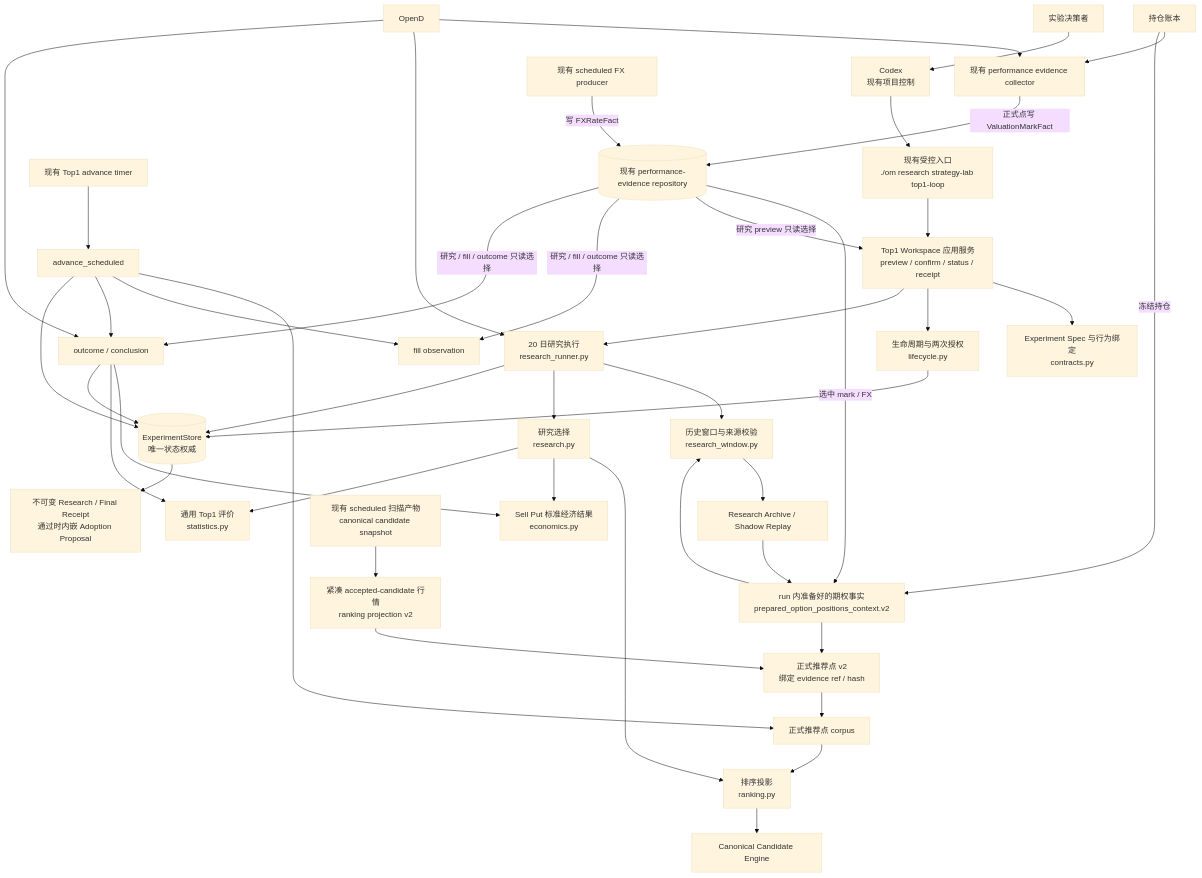
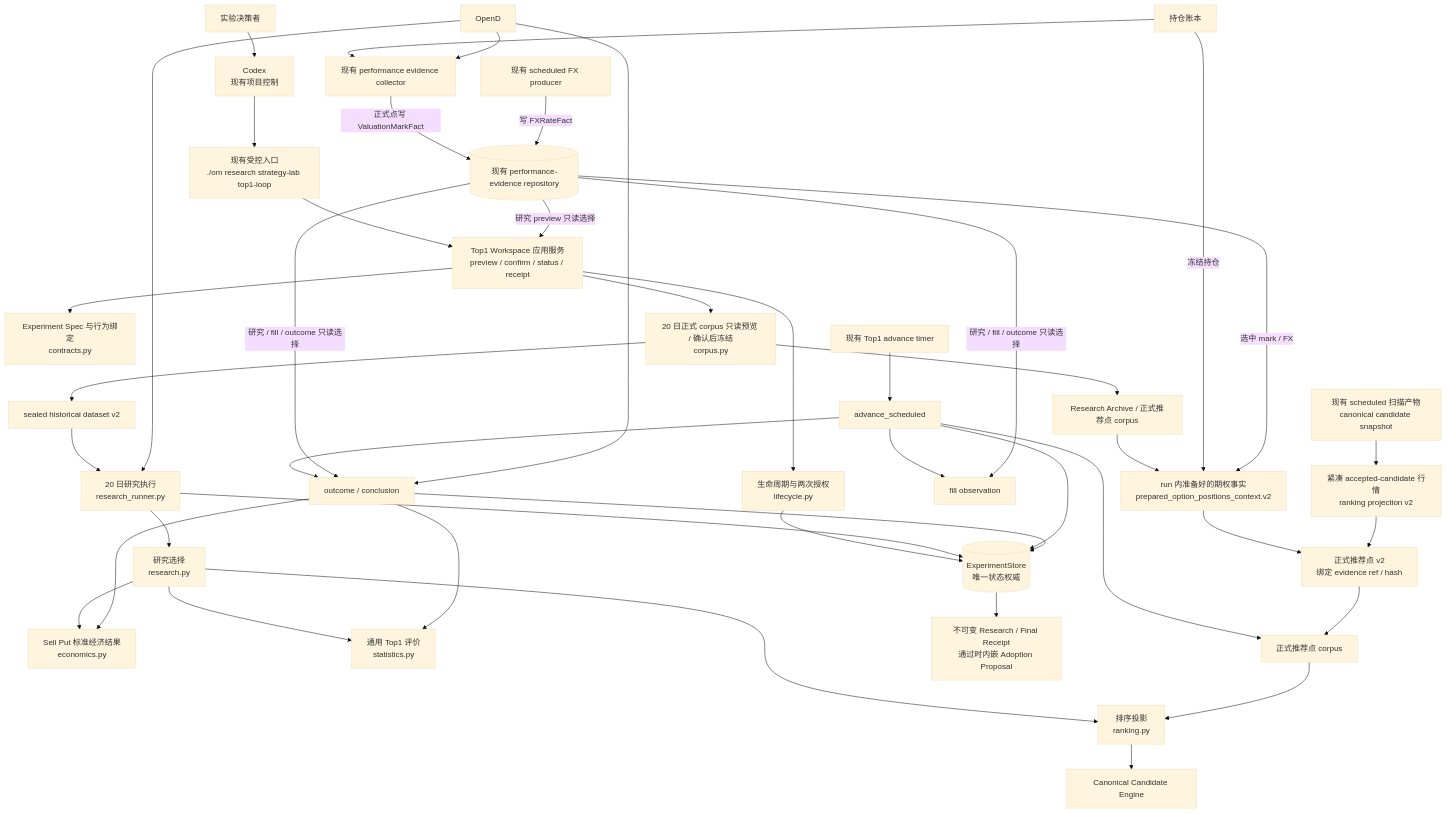
Before and after one commit to liuxie066/options-monitor: the first of 3 diagrams in docs/STRATEGY_LAB_EXPERIMENT_PLATFORM_SYSTEM_DESIGN.md, drawn with Mermaid (base theme). The commit also changed other lines of this file and 7 other files, not shown here.

````diff
--- a/docs/STRATEGY_LAB_EXPERIMENT_PLATFORM_SYSTEM_DESIGN.md
+++ b/docs/STRATEGY_LAB_EXPERIMENT_PLATFORM_SYSTEM_DESIGN.md
@@ -47,52 +47,51 @@
 ```mermaid
 flowchart TB
     U["实验决策者"] --> C["Codex\n现有项目控制"]
     C --> CLI["现有受控入口\n./om research strategy-lab top1-loop"]
 
     CLI --> WS["Top1 Workspace 应用服务\npreview / confirm / status / receipt"]
 
     WS --> CT["Experiment Spec 与行为绑定\ncontracts.py"]
     WS --> LC["生命周期与两次授权\nlifecycle.py"]
-    WS --> RR["20 日研究执行\nresearch_runner.py"]
-
-    RR --> RW["历史窗口与来源校验\nresearch_window.py"]
-    RW --> RA["Research Archive / Shadow Replay"]
+    WS --> CF["20 日正式 corpus 只读预览 / 确认后冻结\ncorpus.py"]
+    CF --> RI["sealed historical dataset v2"]
+    RI --> RR["20 日研究执行\nresearch_runner.py"]
+    CF --> RA["Research Archive / 正式推荐点 corpus"]
     RA --> PE["run 内准备好的期权事实\nprepared_option_positions_context.v2"]
 
     RR --> RE["研究选择\nresearch.py"]
     RE --> RK["排序投影\nranking.py"]
     RK --> CE["Canonical Candidate Engine"]
     RE --> EC["Sell Put 标准经济结果\neconomics.py"]
     RE --> EV["通用 Top1 评价\nstatistics.py"]
 
     TIMER["现有 Top1 advance timer"] --> ADV["advance_scheduled"]
     ADV --> CP["正式推荐点 corpus"]
     ADV --> FO["fill observation"]
     ADV --> OC["outcome / conclusion"]
-    PE --> RW
     PE --> RP["正式推荐点 v2\n绑定 evidence ref / hash"]
     CS["现有 scheduled 扫描产物\ncanonical candidate snapshot"] --> CQ["紧凑 accepted-candidate 行情\nranking projection v2"]
     CQ --> RP
     RP --> CP
     CP --> RK
     OC --> EC
     OC --> EV
 
     LC --> ST[("ExperimentStore\n唯一状态权威")]
     RR --> ST
     ADV --> ST
     OC --> ST
     ST --> TP["不可变 Research / Final Receipt\n通过时内嵌 Adoption Proposal"]
 
     PL["持仓账本"] --> COL["现有 performance evidence collector"]
     COL -->|"正式点写 ValuationMarkFact"| PF[("现有 performance-evidence repository")]
     FXP["现有 scheduled FX producer"] -->|"写 FXRateFact"| PF
     PL -->|"冻结持仓"| PE
     PF -->|"选中 mark / FX"| PE
     PF -->|"研究 preview 只读选择"| WS
     PF -->|"研究 / fill / outcome 只读选择"| FO
     PF -->|"研究 / fill / outcome 只读选择"| OC
     OD["OpenD"] --> COL
     OD --> RR
     OD --> OC
 ```
````
